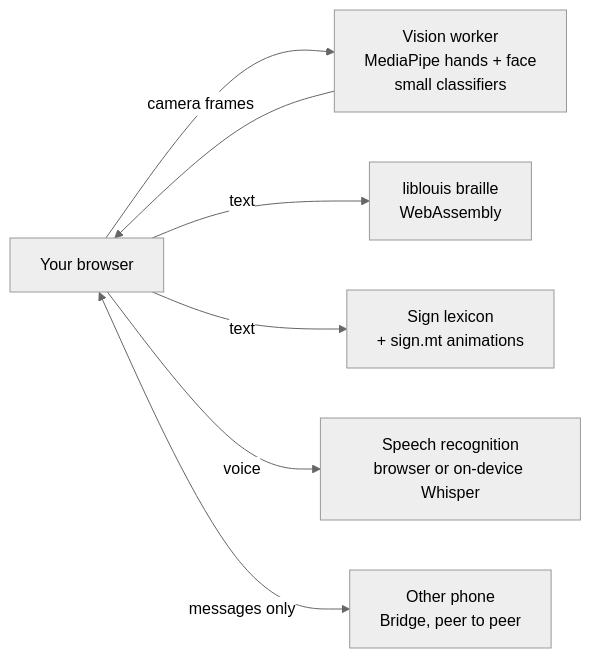
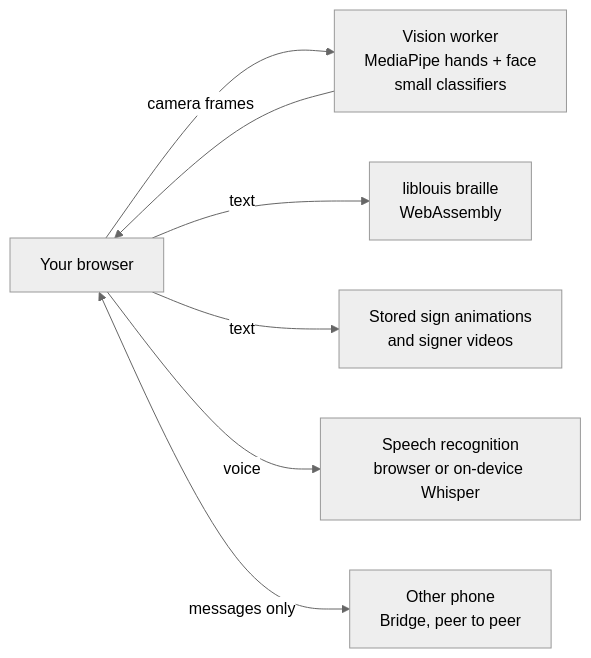
Before and after one commit to RidzM/bridgify: the diagram in README.md, drawn with Mermaid (neutral theme). The commit also changed 21 other files, not shown here.

Commit message:
Fix the Grade 2 braille lesson; Text to sign plays only Bridgify's stored signs and names the words it fingerspells; docs updated

````diff
--- a/README.md
+++ b/README.md
@@ -180,9 +180,9 @@
 ```mermaid
 flowchart LR
   A[Your browser] -->|camera frames| W[Vision worker<br/>MediaPipe hands + face<br/>small classifiers]
   A -->|text| B[liblouis braille<br/>WebAssembly]
-  A -->|text| S[Sign lexicon<br/>+ sign.mt animations]
+  A -->|text| S[Stored sign animations<br/>and signer videos]
   A -->|voice| R[Speech recognition<br/>browser or on-device Whisper]
   A <-->|messages only| P[Other phone<br/>Bridge, peer to peer]
   W --> A
 ```
````
